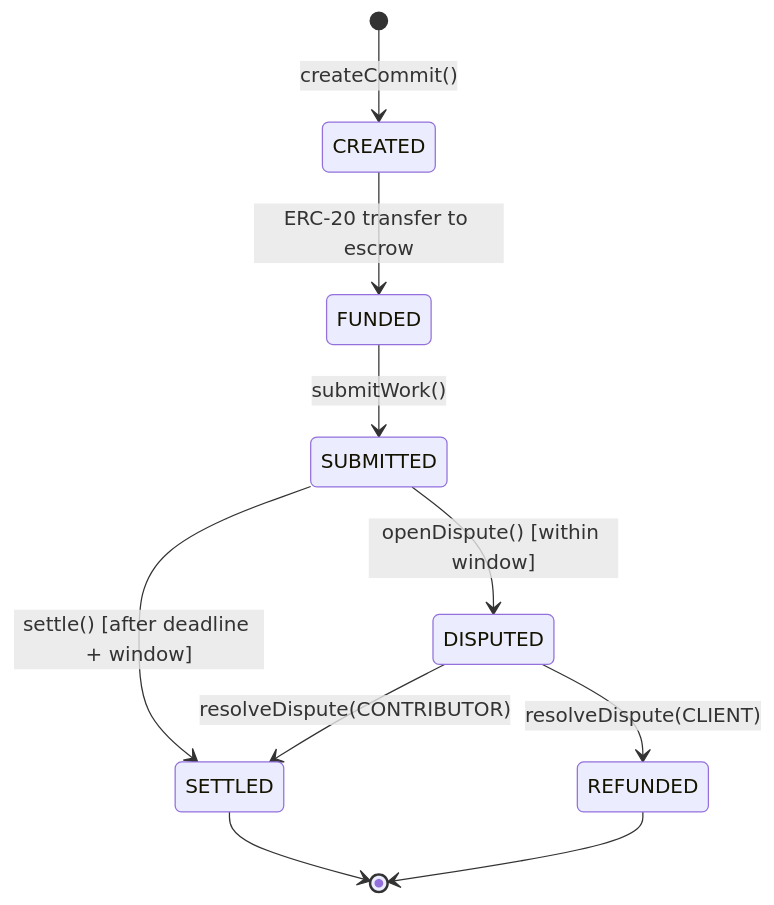
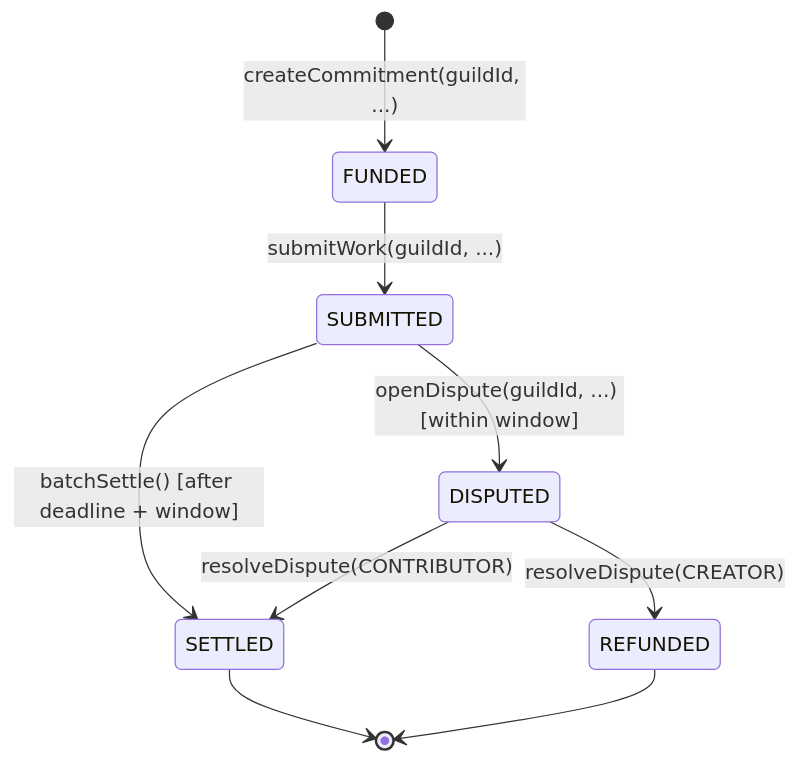
The third of 3 diagrams in commit-protocol/PROTOCOL.md (Vishesh-Dwivedi-Git/mnee-commit), drawn with Mermaid before and after one commit. The commit also changed other lines of this file and 26 other files, not shown here.

````diff
--- a/commit-protocol/PROTOCOL.md
+++ b/commit-protocol/PROTOCOL.md
@@ -61,12 +138,11 @@
 ```mermaid
 stateDiagram-v2
-    [*] --> CREATED: createCommit()
-    CREATED --> FUNDED: ERC-20 transfer to escrow
-    FUNDED --> SUBMITTED: submitWork()
-    SUBMITTED --> DISPUTED: openDispute() [within window]
-    SUBMITTED --> SETTLED: settle() [after deadline + window]
+    [*] --> FUNDED: createCommitment(guildId, ...)
+    FUNDED --> SUBMITTED: submitWork(guildId, ...)
+    SUBMITTED --> DISPUTED: openDispute(guildId, ...) [within window]
+    SUBMITTED --> SETTLED: batchSettle() [after deadline + window]
     DISPUTED --> SETTLED: resolveDispute(CONTRIBUTOR)
-    DISPUTED --> REFUNDED: resolveDispute(CLIENT)
+    DISPUTED --> REFUNDED: resolveDispute(CREATOR)
     SETTLED --> [*]
     REFUNDED --> [*]
 ```
````
